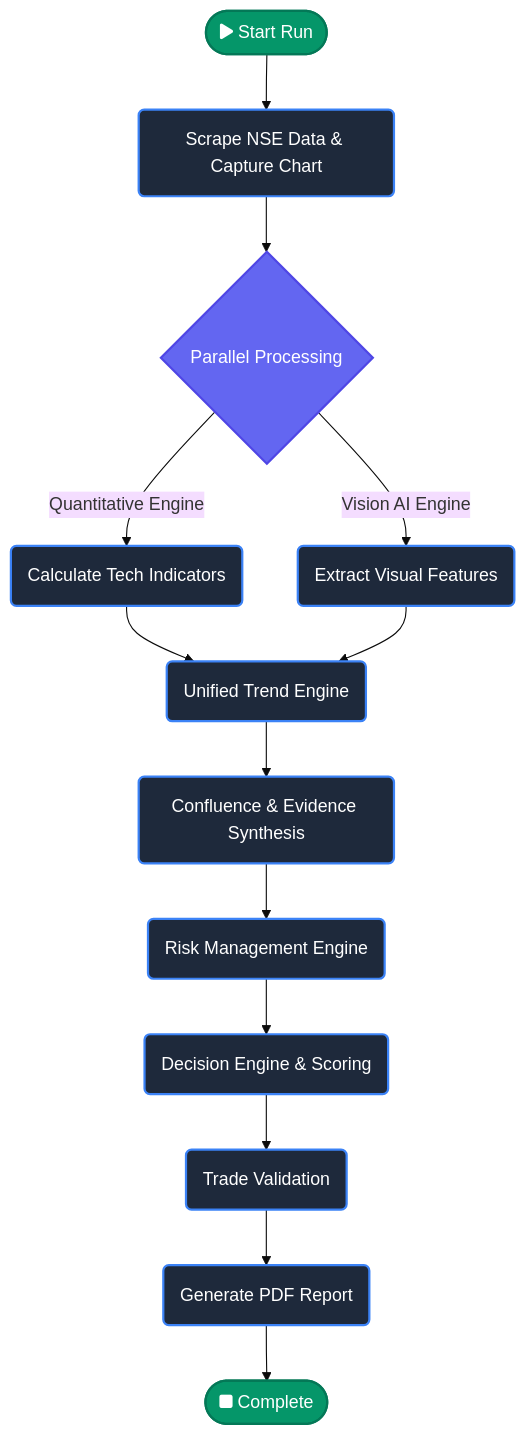
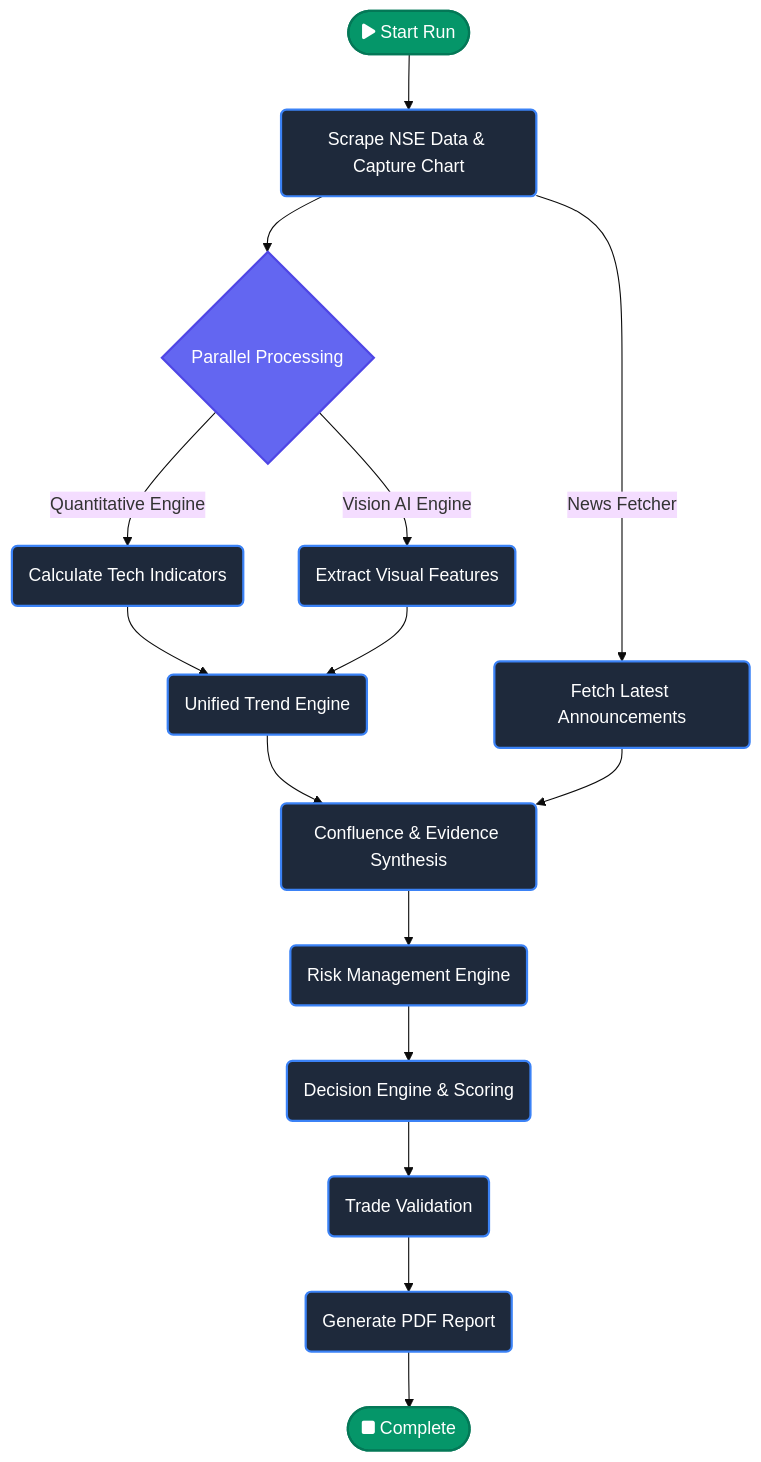
The diagram in README.md (rushabhkhandhar/VisuQuant), drawn with Mermaid (base theme) before and after one commit. The commit also changed other lines of this file, not shown here.

Commit message:
Updated readme with news node

````diff
--- a/README.md
+++ b/README.md
@@ -13,25 +13,27 @@
 ```mermaid
 graph TD
     %% Main Pipeline
     Start([fa:fa-play Start Run]) --> A(Scrape NSE Data & Capture Chart)
     A --> B{Parallel Processing}
     B -->|Quantitative Engine| C(Calculate Tech Indicators)
     B -->|Vision AI Engine| D(Extract Visual Features)
     C --> E(Unified Trend Engine)
     D --> E
     E --> F(Confluence & Evidence Synthesis)
+    A -->|News Fetcher| News(Fetch Latest Announcements)
+    News --> F
     F --> G(Risk Management Engine)
     G --> H(Decision Engine & Scoring)
     H --> I(Trade Validation)
     I --> J(Generate PDF Report)
     J --> End([fa:fa-stop Complete])
 
     %% Styling
     classDef node fill:#1e293b,stroke:#3b82f6,stroke-width:2px,color:#fff;
     classDef startend fill:#059669,stroke:#047857,stroke-width:2px,color:#fff;
     classDef parallel fill:#6366f1,stroke:#4f46e5,stroke-width:2px,color:#fff;
     
     class A,C,D,E,F,G,H,I,J node;
     class Start,End startend;
     class B parallel;
 ```
````
